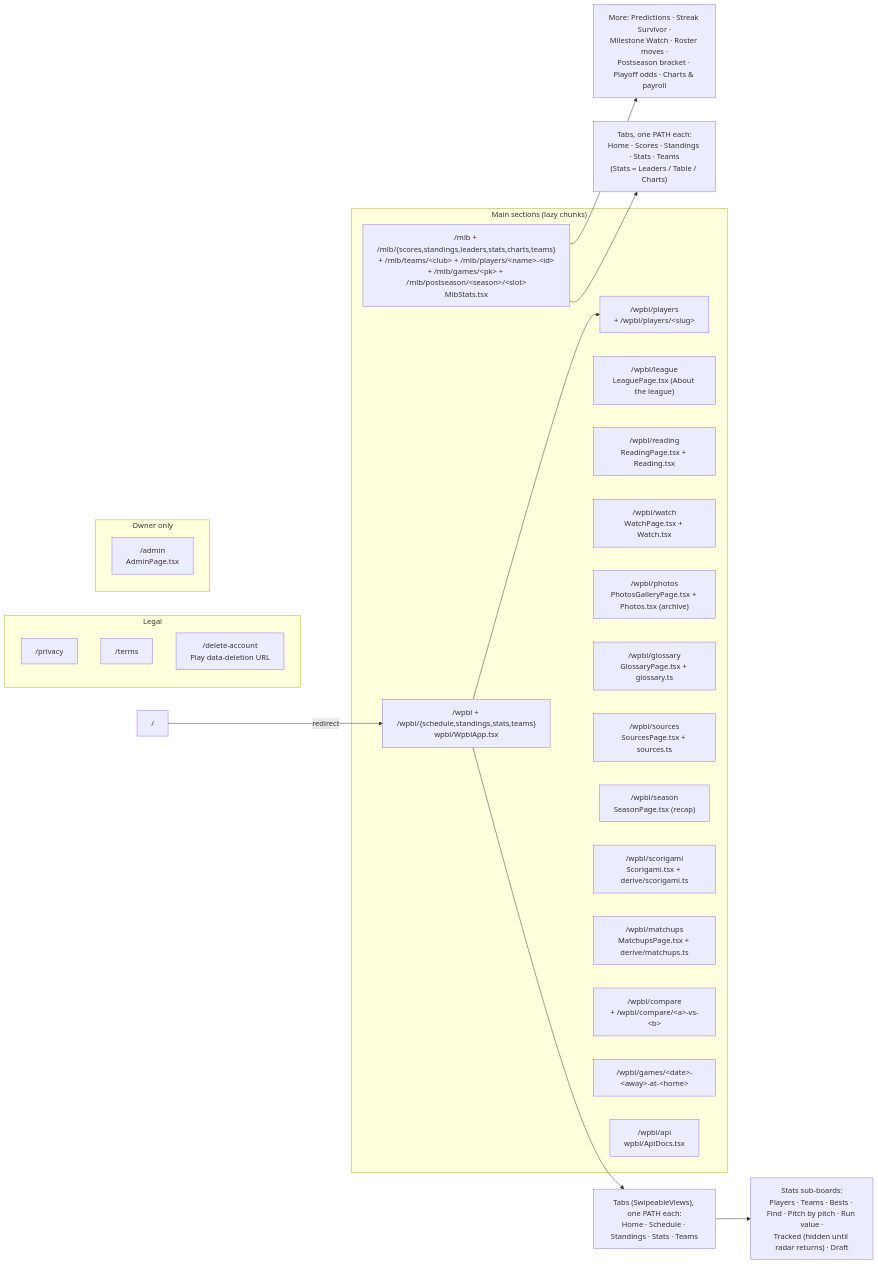
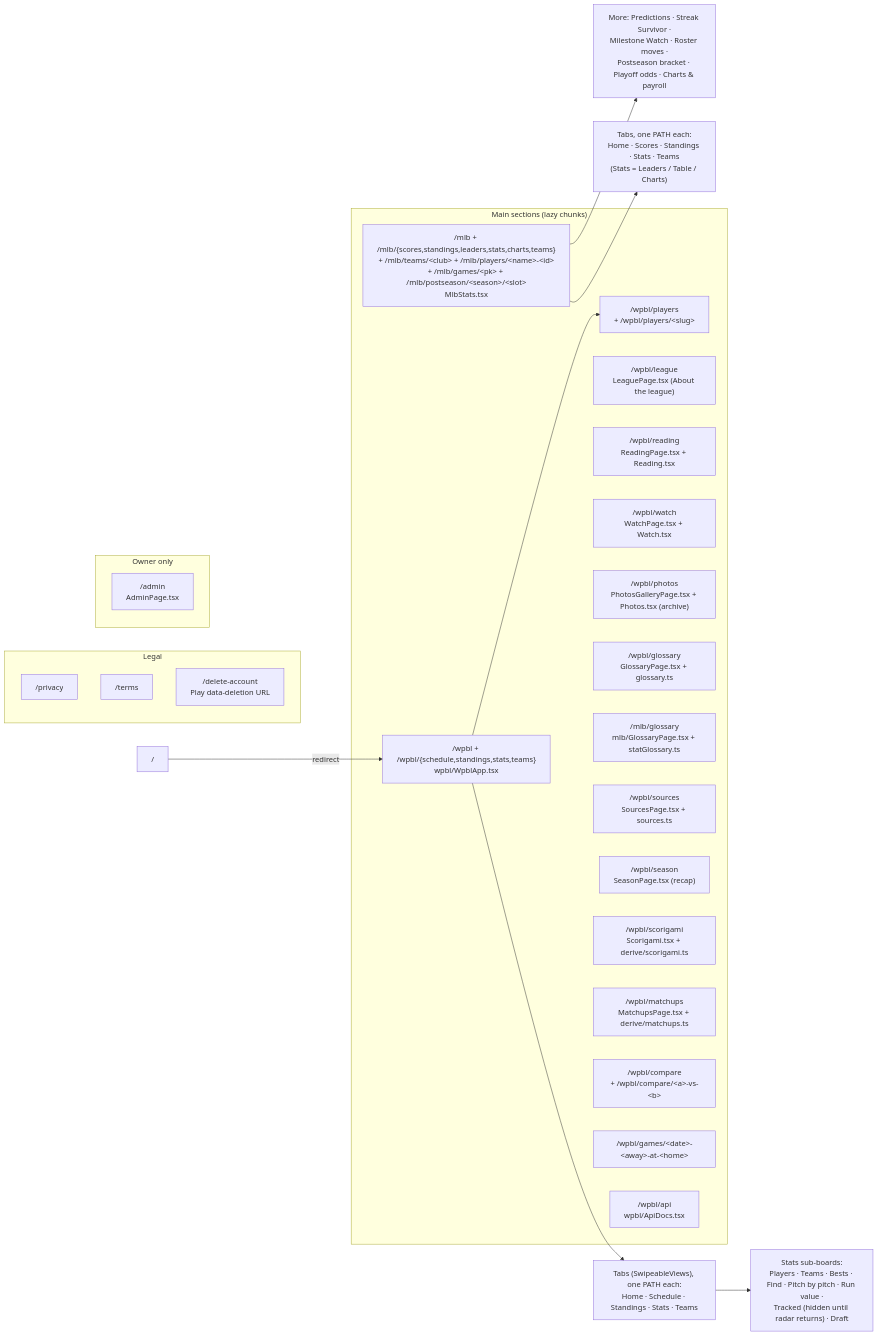
One commit to sportydolphin/fun changed the second of 5 diagrams in ARCHITECTURE.md. Above: the diagram before and after it, drawn with Mermaid. The commit also changed other lines of this file and 34 other files, not shown here.

````diff
--- a/ARCHITECTURE.md
+++ b/ARCHITECTURE.md
@@ -98,37 +98,38 @@
 ```mermaid
 flowchart LR
     subgraph Main["Main sections (lazy chunks)"]
         mlb["/mlb + /mlb/{scores,standings,leaders,stats,charts,teams}<br/>+ /mlb/teams/&lt;club&gt; + /mlb/players/&lt;name&gt;-&lt;id&gt;<br/>+ /mlb/games/&lt;pk&gt; + /mlb/postseason/&lt;season&gt;/&lt;slot&gt;<br/>MlbStats.tsx"]
         wpbl["/wpbl + /wpbl/{schedule,standings,stats,teams}<br/>wpbl/WpblApp.tsx"]
         wplayers["/wpbl/players<br/>+ /wpbl/players/&lt;slug&gt;"]
         wleague["/wpbl/league<br/>LeaguePage.tsx (About the league)"]
         wreading["/wpbl/reading<br/>ReadingPage.tsx + Reading.tsx"]
         wwatch["/wpbl/watch<br/>WatchPage.tsx + Watch.tsx"]
         wphotos["/wpbl/photos<br/>PhotosGalleryPage.tsx + Photos.tsx (archive)"]
         wgloss["/wpbl/glossary<br/>GlossaryPage.tsx + glossary.ts"]
+        mgloss["/mlb/glossary<br/>mlb/GlossaryPage.tsx + statGlossary.ts"]
         wsrc["/wpbl/sources<br/>SourcesPage.tsx + sources.ts"]
         wseason["/wpbl/season<br/>SeasonPage.tsx (recap)"]
         wscori["/wpbl/scorigami<br/>Scorigami.tsx + derive/scorigami.ts"]
         wmatch["/wpbl/matchups<br/>MatchupsPage.tsx + derive/matchups.ts"]
         wcmp["/wpbl/compare<br/>+ /wpbl/compare/&lt;a&gt;-vs-&lt;b&gt;"]
         wgames["/wpbl/games/&lt;date&gt;-&lt;away&gt;-at-&lt;home&gt;"]
         api["/wpbl/api<br/>wpbl/ApiDocs.tsx"]
     end
 
     subgraph Legal["Legal"]
         priv["/privacy"]
         terms["/terms"]
         del["/delete-account<br/>Play data-deletion URL"]
     end
 
     subgraph Owner["Owner only"]
         adm["/admin<br/>AdminPage.tsx"]
     end
 
     root["/"] -->|redirect| wpbl
     wpbl --> wtabs["Tabs (SwipeableViews), one PATH each:<br/>Home · Schedule · Standings · Stats · Teams"]
     wtabs --> wstats["Stats sub-boards:<br/>Players · Teams · Bests · Find · Pitch by pitch · Run value ·<br/>Tracked (hidden until radar returns) · Draft"]
     wpbl --> wplayers
     mlb --> mtabs["Tabs, one PATH each:<br/>Home · Scores · Standings · Stats · Teams<br/>(Stats = Leaders / Table / Charts)"]
     mlb --> mmore["More: Predictions · Streak Survivor ·<br/>Milestone Watch · Roster moves ·<br/>Postseason bracket · Playoff odds · Charts & payroll"]
 ```
````
